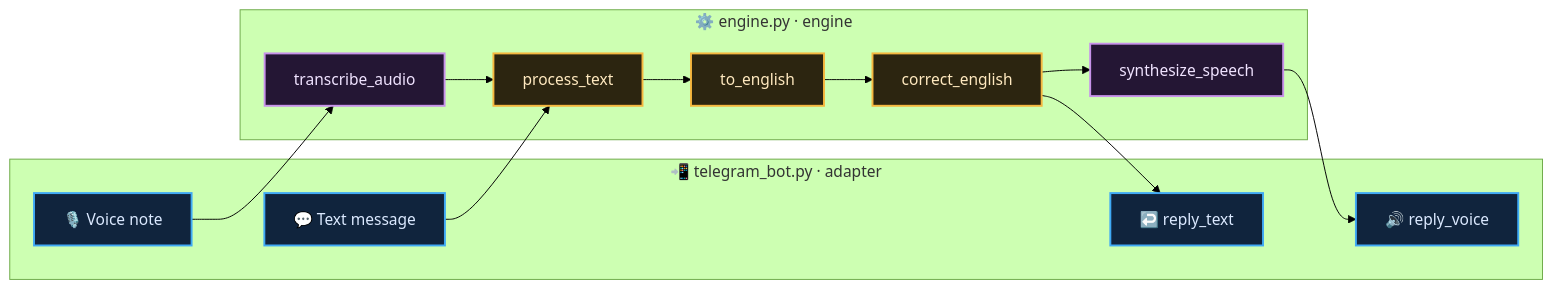
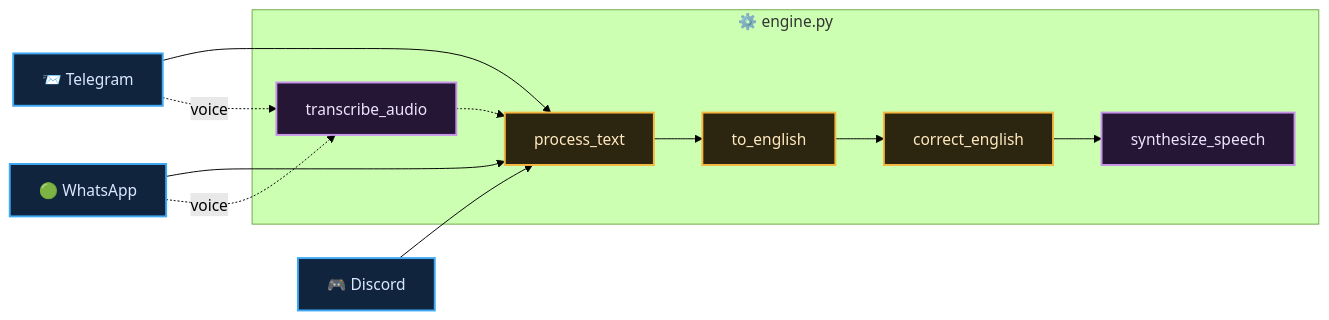
One commit to Parth-KG/lang-helper-bot changed the diagram in README.md. Above: the diagram before and after it, drawn with Mermaid (forest theme). The commit also changed other lines of this file and 9 other files, not shown here.

````diff
--- a/README.md
+++ b/README.md
@@ -78,31 +91,30 @@
 ```mermaid
 flowchart LR
     classDef adapter fill:#10243d,stroke:#3FA9F5,stroke-width:2px,color:#dbe9ff
     classDef engine fill:#2c2510,stroke:#F5B73F,stroke-width:2px,color:#ffe9bf
     classDef accent fill:#241634,stroke:#C792EA,stroke-width:2px,color:#f0e3ff
 
-    subgraph A["📲 telegram_bot.py · adapter"]
-        TM["💬 Text message"]
-        VM["🎙️ Voice note"]
-        RT["↩️ reply_text"]
-        RV["🔊 reply_voice"]
-    end
+    TG["📨 Telegram"]
+    WA["🟢 WhatsApp"]
+    DC["🎮 Discord"]
 
-    subgraph E["⚙️ engine.py · engine"]
+    subgraph E["⚙️ engine.py"]
         TA["transcribe_audio"]
         PT["process_text"]
         TE["to_english"]
         CE["correct_english"]
         SS["synthesize_speech"]
     end
 
-    TM --> PT
-    VM --> TA --> PT
+    TG --> PT
+    WA --> PT
+    DC --> PT
+    TG -. voice .-> TA -.-> PT
+    WA -. voice .-> TA
     PT --> TE --> CE
-    CE --> RT
-    CE --> SS --> RV
+    CE --> SS
 
-    class TM,VM,RT,RV adapter
+    class TG,WA,DC adapter
     class TA,SS accent
     class PT,TE,CE engine
 ```
````
